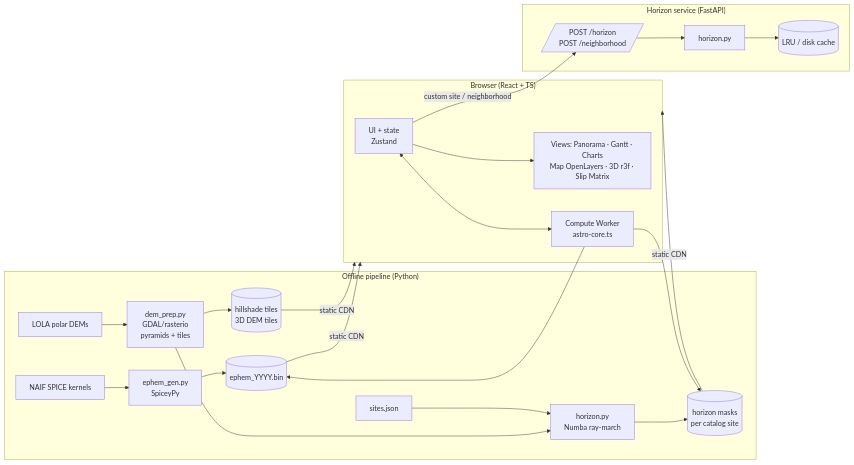
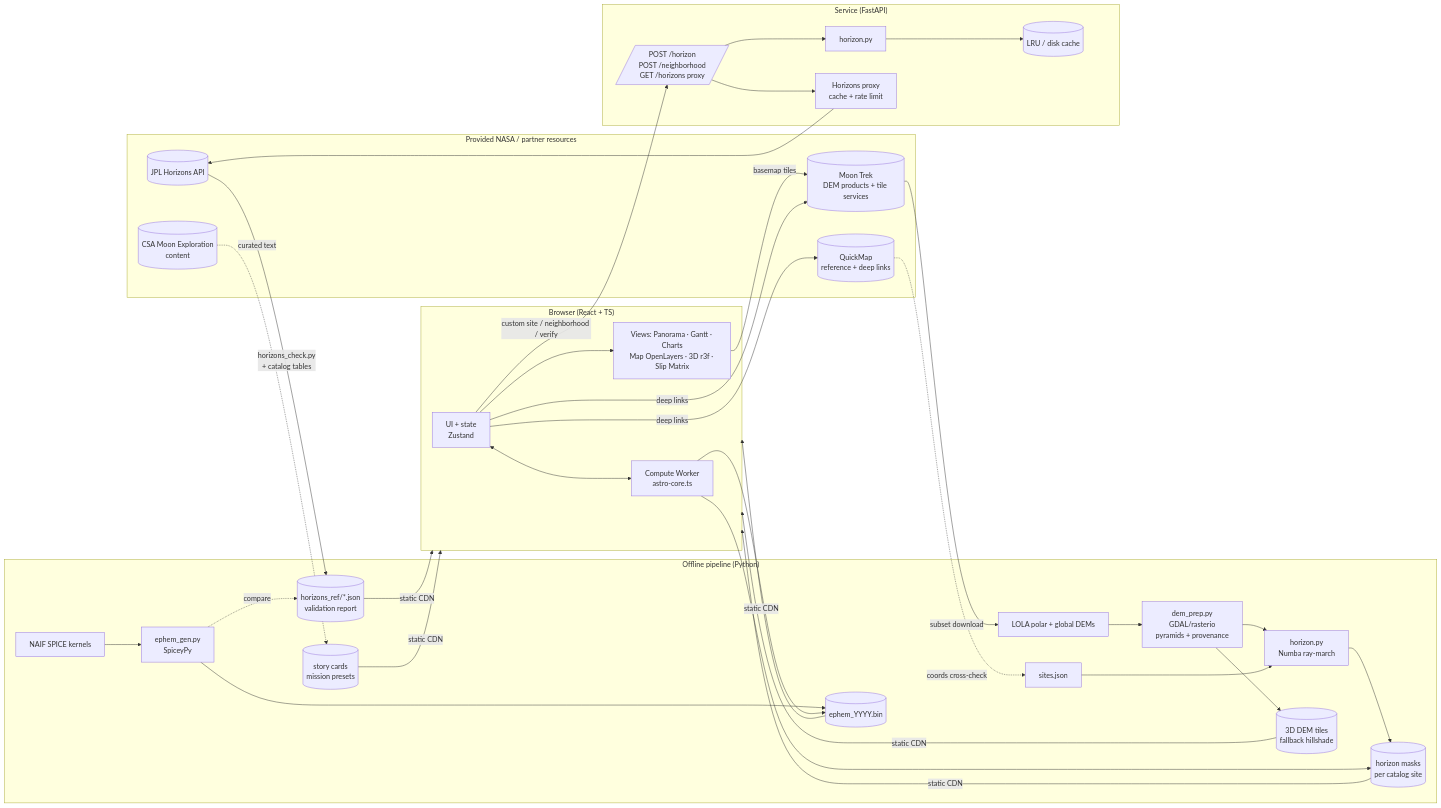
One commit to HyperNova-NSAC/southpole changed the diagram in DESIGN.md. Above: the diagram before and after it, drawn with Mermaid. The commit also changed other lines of this file and 1 other file, not shown here.

Commit message:
Update challenge and design docs considering provided resources

````diff
--- a/DESIGN.md
+++ b/DESIGN.md
@@ -295,27 +357,44 @@
 ```mermaid
 flowchart LR
+  subgraph Ext["Provided NASA / partner resources"]
+    HZ[(JPL Horizons API)]
+    MT[(Moon Trek<br/>DEM products + tile services)]
+    QM[(QuickMap<br/>reference + deep links)]
+    CSA[(CSA Moon Exploration<br/>content)]
+  end
+
   subgraph Offline["Offline pipeline (Python)"]
     K[NAIF SPICE kernels] --> EG[ephem_gen.py<br/>SpiceyPy]
-    D[LOLA polar DEMs] --> DP[dem_prep.py<br/>GDAL/rasterio<br/>pyramids + tiles]
+    MT -->|subset download| D[LOLA polar + global DEMs]
+    D --> DP[dem_prep.py<br/>GDAL/rasterio<br/>pyramids + provenance]
     DP --> HG[horizon.py<br/>Numba ray-march]
     S[sites.json] --> HG
     EG --> A1[(ephem_YYYY.bin)]
     HG --> A2[(horizon masks<br/>per catalog site)]
-    DP --> A3[(hillshade tiles<br/>3D DEM tiles)]
+    DP --> A3[(3D DEM tiles<br/>fallback hillshade)]
+    HZ -->|horizons_check.py<br/>+ catalog tables| A4[(horizons_ref/*.json<br/>validation report)]
+    EG -. compare .-> A4
+    CSA -. curated text .-> A5[(story cards<br/>mission presets)]
+    QM -. coords cross-check .-> S
   end
 
-  subgraph Backend["Horizon service (FastAPI)"]
-    API[/POST /horizon<br/>POST /neighborhood/] --> HG2[horizon.py]
+  subgraph Backend["Service (FastAPI)"]
+    API[/POST /horizon<br/>POST /neighborhood<br/>GET /horizons proxy/] --> HG2[horizon.py]
+    API --> HP[Horizons proxy<br/>cache + rate limit]
     HG2 --> C[(LRU / disk cache)]
+    HP --> HZ
   end
 
   subgraph Web["Browser (React + TS)"]
     UI[UI + state<br/>Zustand] <--> W[Compute Worker<br/>astro-core.ts]
     W --> A1
     W --> A2
     UI --> V[Views: Panorama · Gantt · Charts<br/>Map OpenLayers · 3D r3f · Slip Matrix]
-    UI -- custom site / neighborhood --> API
+    UI -- custom site / neighborhood / verify --> API
+    V -- basemap tiles --> MT
+    UI -- deep links --> QM
+    UI -- deep links --> MT
   end
 
-  A1 & A2 & A3 -->|static CDN| Web
+  A1 & A2 & A3 & A4 & A5 -->|static CDN| Web
 ```
````
